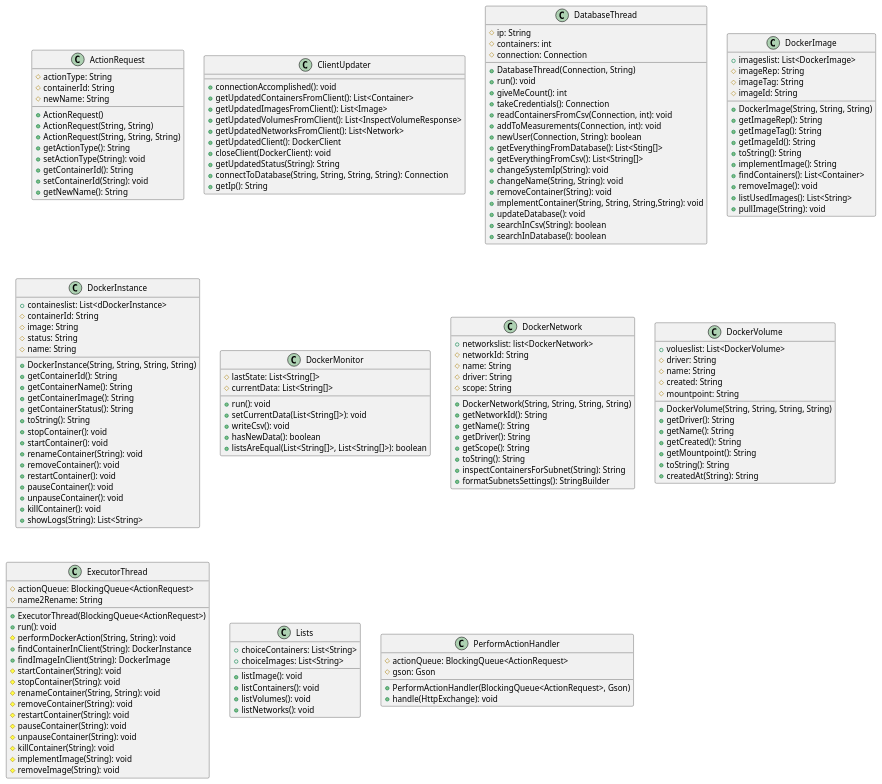
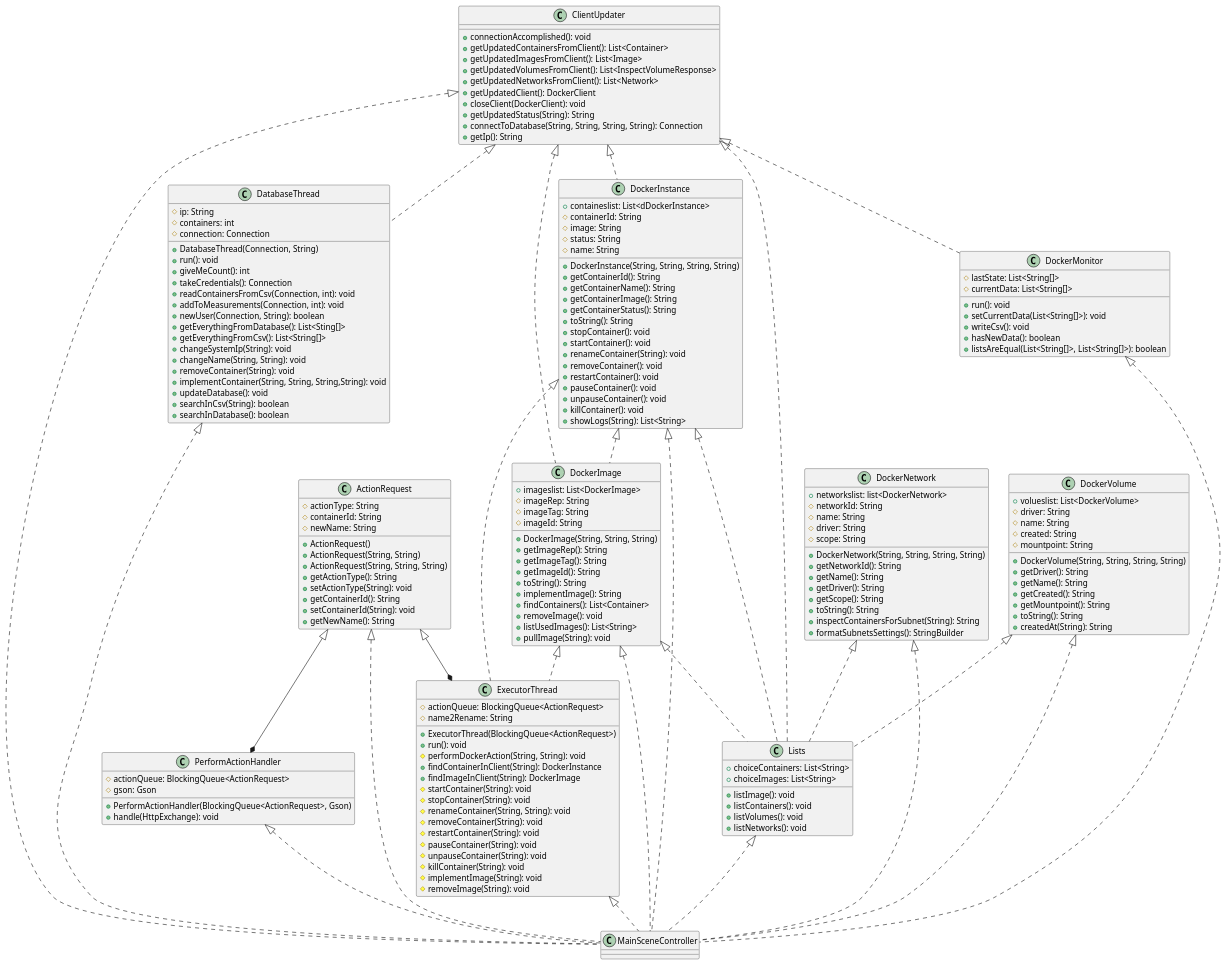
The diagram in dockermonitor/src/main/resources/OurUML.puml (konstantopoulosk/MavenDocker-NullProject), drawn with PlantUML before and after one commit.

Commit message:
done with uml

```diff
--- a/dockermonitor/src/main/resources/OurUML.puml
+++ b/dockermonitor/src/main/resources/OurUML.puml
@@ -156,4 +156,46 @@
     +PerformActionHandler(BlockingQueue<ActionRequest>, Gson)
     +handle(HttpExchange): void
 }
+class MainSceneController {
+
+}
+
+'Composition'
+ActionRequest <|--* PerformActionHandler
+ActionRequest <|--* ExecutorThread
+'Dependency'
+ActionRequest <|.. MainSceneController
+
+ClientUpdater <|.. DatabaseThread
+ClientUpdater <|.. Lists
+ClientUpdater <|.. DockerImage
+ClientUpdater <|.. DockerInstance
+ClientUpdater <|.. DockerMonitor
+ClientUpdater <|.. MainSceneController
+
+DatabaseThread <|.. MainSceneController
+
+DockerImage <|.. ExecutorThread
+DockerImage <|.. Lists
+DockerImage <|.. MainSceneController
+
+DockerInstance <|.. ExecutorThread
+DockerInstance <|.. Lists
+DockerInstance <|.. DockerImage
+DockerInstance <|.. MainSceneController
+
+DockerMonitor <|.. MainSceneController
+
+DockerNetwork <|.. Lists
+DockerNetwork <|.. MainSceneController
+
+DockerVolume <|.. Lists
+DockerVolume <|.. MainSceneController
+
+ExecutorThread <|.. MainSceneController
+
+Lists <|.. MainSceneController
+
+PerformActionHandler <|.. MainSceneController
+
 @enduml
```
